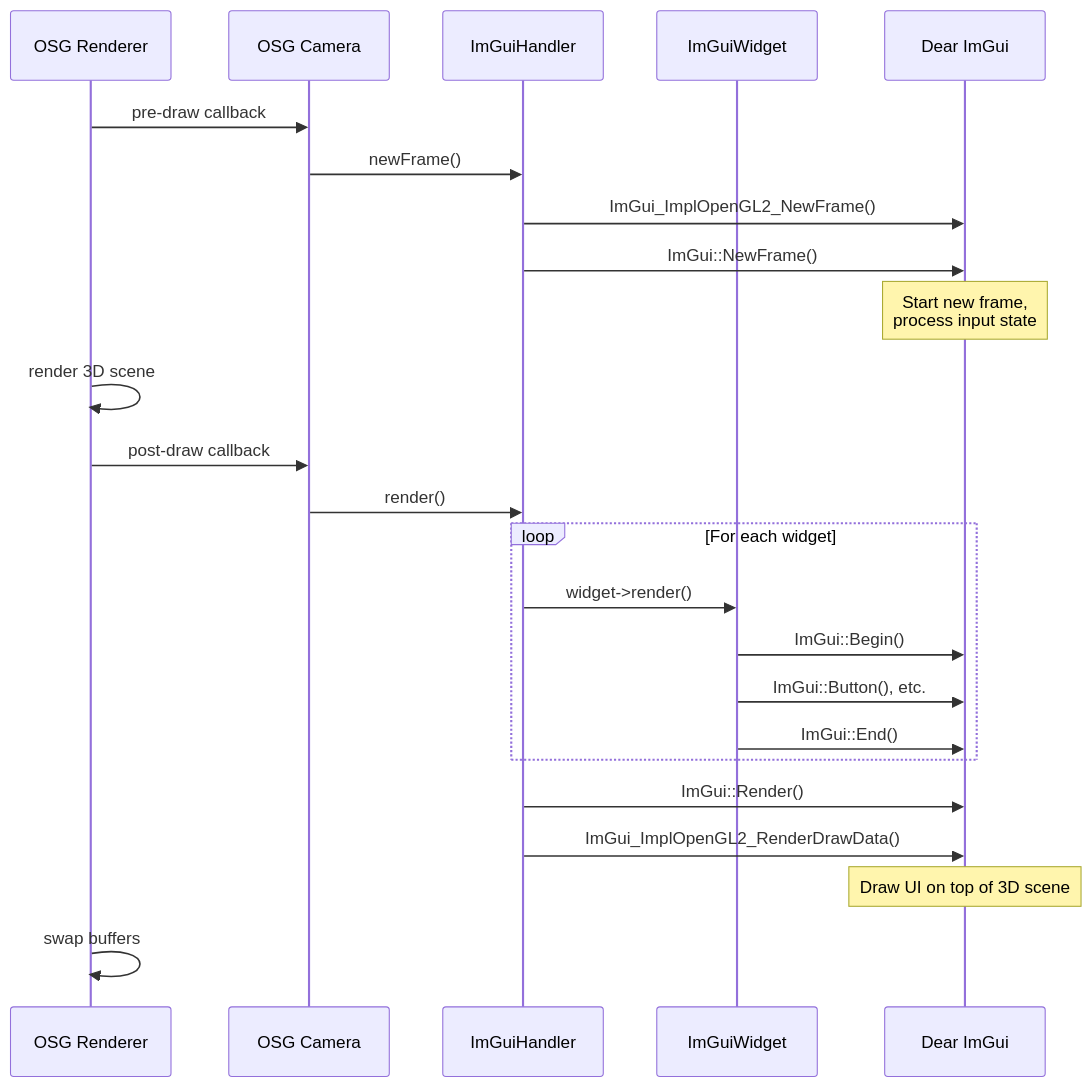
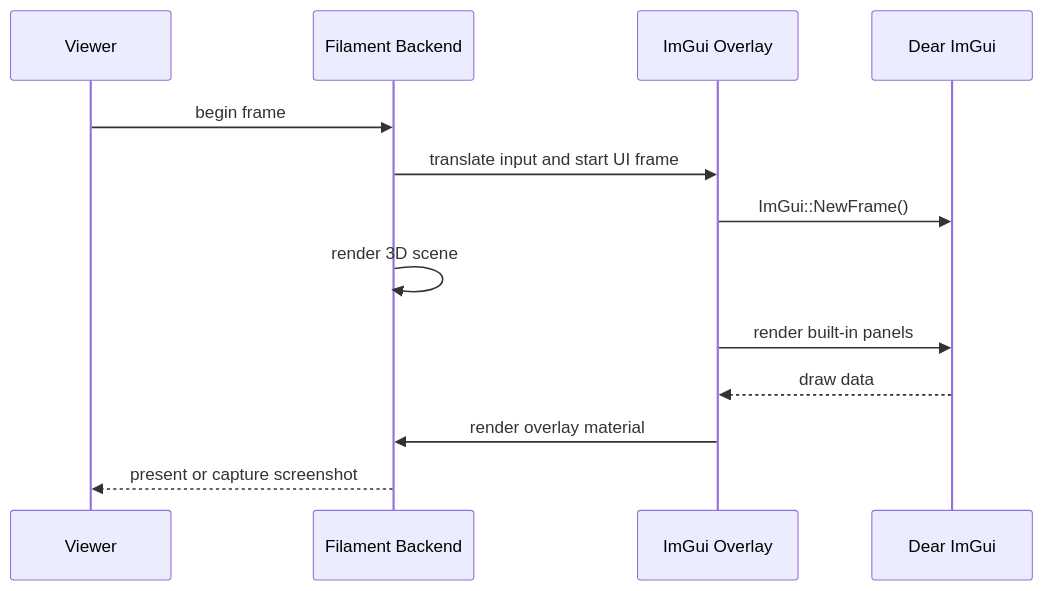
The fifth of 7 diagrams in docs/onboarding/README.md (dartsim/dart), drawn with Mermaid before and after one commit. The commit also changed other lines of this file and 72 other files, not shown here.

Commit message:
Document Filament as the official renderer

````diff
--- a/docs/onboarding/README.md
+++ b/docs/onboarding/README.md
@@ -773,32 +646,16 @@
 ```mermaid
 sequenceDiagram
-    participant OSG as OSG Renderer
-    participant Camera as OSG Camera
-    participant ImGuiH as ImGuiHandler
-    participant Widget as ImGuiWidget
+    participant Viewer as Viewer
+    participant Backend as Filament Backend
+    participant Overlay as ImGui Overlay
     participant ImGui as Dear ImGui
 
-    OSG->>Camera: pre-draw callback
-    Camera->>ImGuiH: newFrame()
-    ImGuiH->>ImGui: ImGui_ImplOpenGL2_NewFrame()
-    ImGuiH->>ImGui: ImGui::NewFrame()
-    Note over ImGui: Start new frame,<br/>process input state
-
-    OSG->>OSG: render 3D scene
-
-    OSG->>Camera: post-draw callback
-    Camera->>ImGuiH: render()
-
-    loop For each widget
-        ImGuiH->>Widget: widget->render()
-        Widget->>ImGui: ImGui::Begin()
-        Widget->>ImGui: ImGui::Button(), etc.
-        Widget->>ImGui: ImGui::End()
-    end
-
-    ImGuiH->>ImGui: ImGui::Render()
-    ImGuiH->>ImGui: ImGui_ImplOpenGL2_RenderDrawData()
-    Note over ImGui: Draw UI on top of 3D scene
-
-    OSG->>OSG: swap buffers
+    Viewer->>Backend: begin frame
+    Backend->>Overlay: translate input and start UI frame
+    Overlay->>ImGui: ImGui::NewFrame()
+    Backend->>Backend: render 3D scene
+    Overlay->>ImGui: render built-in panels
+    ImGui-->>Overlay: draw data
+    Overlay->>Backend: render overlay material
+    Backend-->>Viewer: present or capture screenshot
 ```
````
